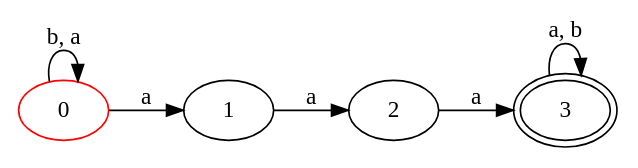
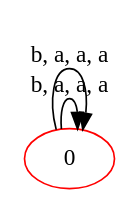
Before and after one commit to userdigitaldevil/automata: the diagram in affichage.dot, drawn with Graphviz. The commit also changed 1 other file, not shown here.

```diff
--- a/affichage.dot
+++ b/affichage.dot
@@ -1,12 +1,6 @@
 digraph a {
  rankdir=LR
 0[ label ="0", color=red ];
-0 -> 0 [ label = "b, a" ];
-0 -> 1 [ label = "a" ];
-1[ label ="1",];
-1 -> 2 [ label = "a" ];
-2[ label ="2",];
-2 -> 3 [ label = "a" ];
-3[ label ="3",peripheries=2 ];
-3 -> 3 [ label = "a, b" ];
+0 -> 0 [ label = "b, a, a, a" ];
+0 -> 0 [ label = "b, a, a, a" ];
 }
```
